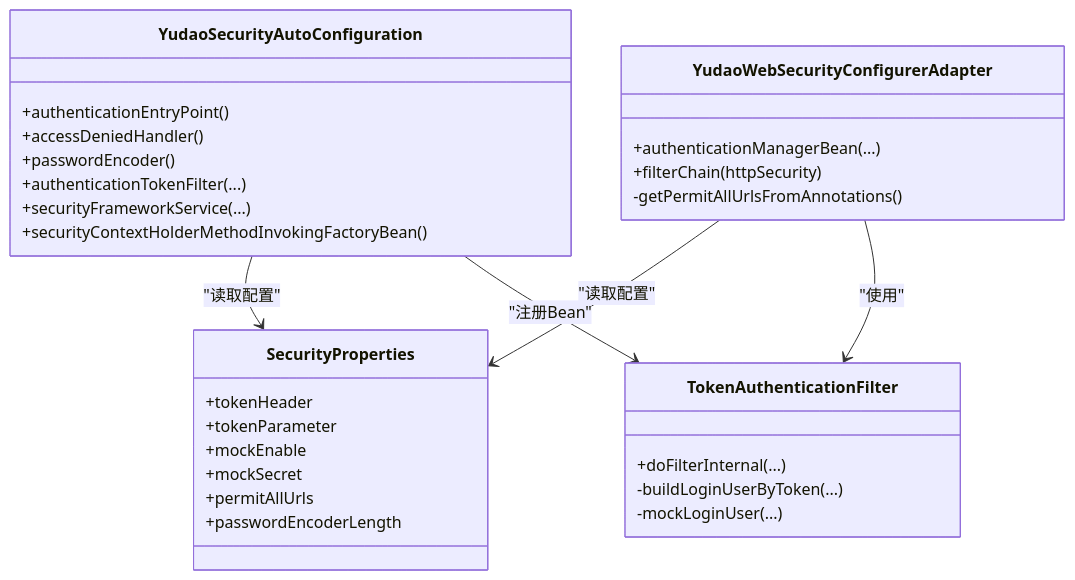
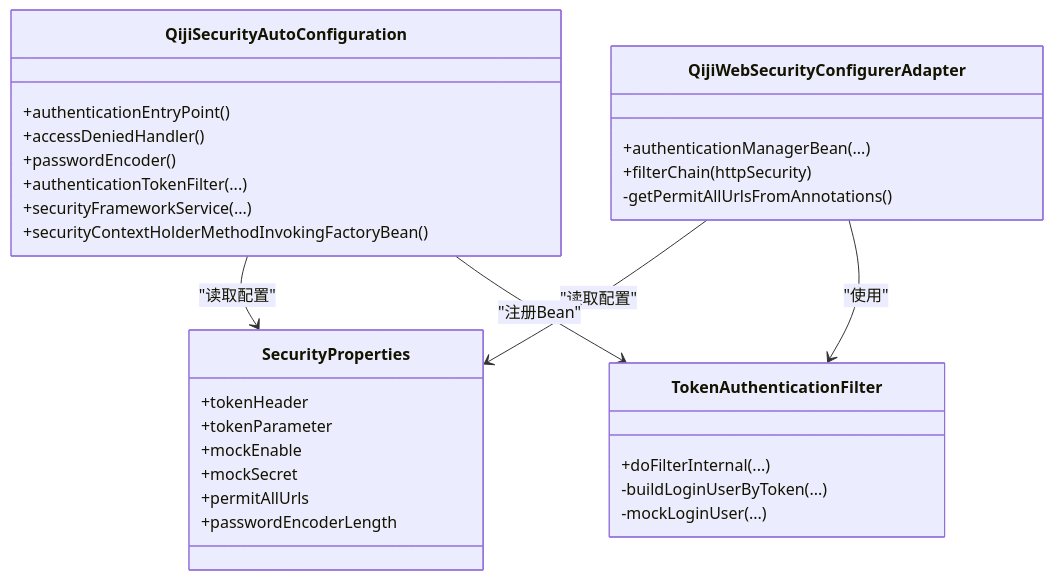
One commit to zhuangpengLI/AgenticCPS changed the fourth of 4 diagrams in backend/.qoder/repowiki/zh/content/安全与权限/API安全防护/安全配置管理.md. Above: the diagram before and after it, drawn with Mermaid. The commit also changed other lines of this file and 3489 other files, not shown here.

````diff
--- a/backend/.qoder/repowiki/zh/content/安全与权限/API安全防护/安全配置管理.md
+++ b/backend/.qoder/repowiki/zh/content/安全与权限/API安全防护/安全配置管理.md
@@ -244,33 +244,33 @@
 ```mermaid
 classDiagram
-class YudaoSecurityAutoConfiguration {
+class QijiSecurityAutoConfiguration {
 +authenticationEntryPoint()
 +accessDeniedHandler()
 +passwordEncoder()
 +authenticationTokenFilter(...)
 +securityFrameworkService(...)
 +securityContextHolderMethodInvokingFactoryBean()
 }
-class YudaoWebSecurityConfigurerAdapter {
+class QijiWebSecurityConfigurerAdapter {
 +authenticationManagerBean(...)
 +filterChain(httpSecurity)
 -getPermitAllUrlsFromAnnotations()
 }
 class TokenAuthenticationFilter {
 +doFilterInternal(...)
 -buildLoginUserByToken(...)
 -mockLoginUser(...)
 }
 class SecurityProperties {
 +tokenHeader
 +tokenParameter
 +mockEnable
 +mockSecret
 +permitAllUrls
 +passwordEncoderLength
 }
-YudaoWebSecurityConfigurerAdapter --> SecurityProperties : "读取配置"
-YudaoSecurityAutoConfiguration --> SecurityProperties : "读取配置"
-YudaoSecurityAutoConfiguration --> TokenAuthenticationFilter : "注册Bean"
-YudaoWebSecurityConfigurerAdapter --> TokenAuthenticationFilter : "使用"
+QijiWebSecurityConfigurerAdapter --> SecurityProperties : "读取配置"
+QijiSecurityAutoConfiguration --> SecurityProperties : "读取配置"
+QijiSecurityAutoConfiguration --> TokenAuthenticationFilter : "注册Bean"
+QijiWebSecurityConfigurerAdapter --> TokenAuthenticationFilter : "使用"
 ```
````
